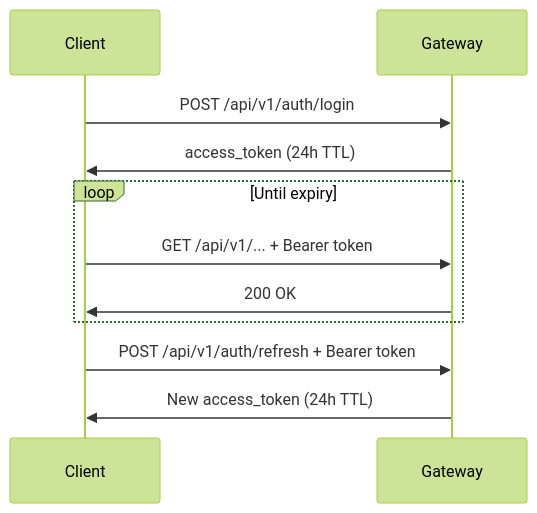
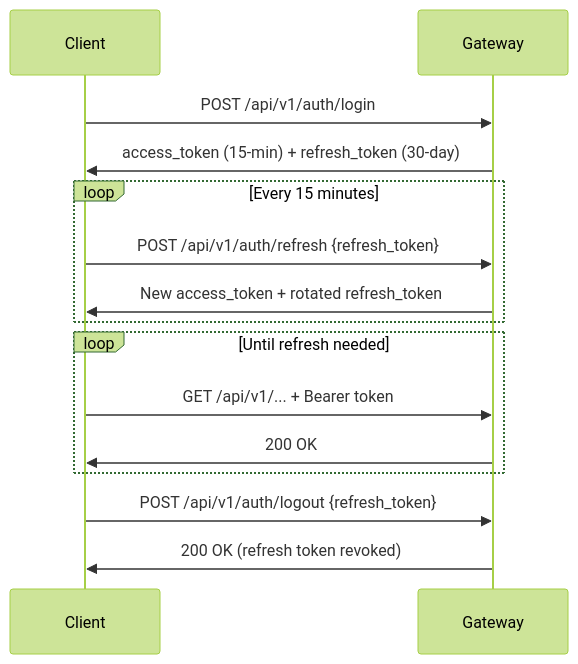
The second of 2 diagrams in docs/api/authentication.md (nebulae-official/orion), drawn with Mermaid (forest theme) before and after one commit. The commit also changed other lines of this file and 15 other files, not shown here.

````diff
--- a/docs/api/authentication.md
+++ b/docs/api/authentication.md
@@ -100,16 +270,21 @@
 ```mermaid
 sequenceDiagram
     participant Client
     participant Gateway
 
     Client->>Gateway: POST /api/v1/auth/login
-    Gateway->>Client: access_token (24h TTL)
+    Gateway->>Client: access_token (15-min) + refresh_token (30-day)
 
-    loop Until expiry
+    loop Every 15 minutes
+        Client->>Gateway: POST /api/v1/auth/refresh {refresh_token}
+        Gateway->>Client: New access_token + rotated refresh_token
+    end
+
+    loop Until refresh needed
         Client->>Gateway: GET /api/v1/... + Bearer token
         Gateway->>Client: 200 OK
     end
 
-    Client->>Gateway: POST /api/v1/auth/refresh + Bearer token
-    Gateway->>Client: New access_token (24h TTL)
+    Client->>Gateway: POST /api/v1/auth/logout {refresh_token}
+    Gateway->>Client: 200 OK (refresh token revoked)
 ```
````
